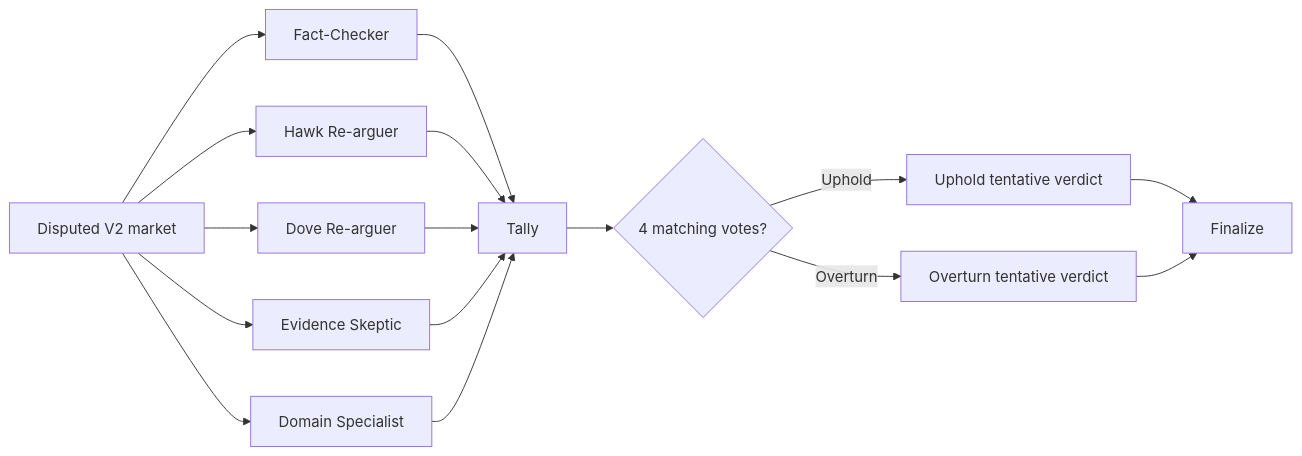
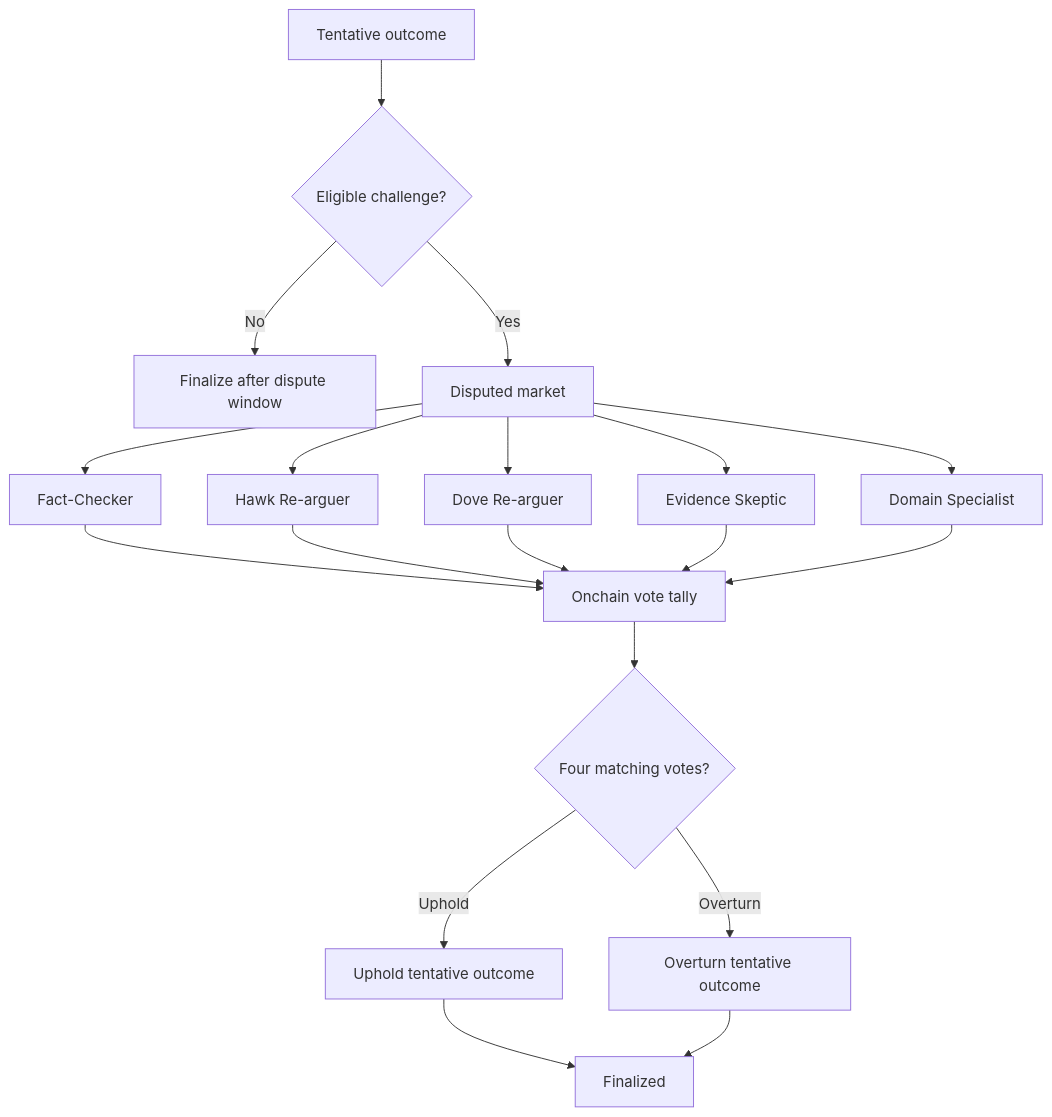
One commit to blocknine0/geomacro changed the fifth of 9 diagrams in README.md. Above: the diagram before and after it, drawn with Mermaid. The commit also changed other lines of this file, not shown here.

````diff
--- a/README.md
+++ b/README.md
@@ -402,24 +184,21 @@
 ```mermaid
-flowchart LR
-    D[Disputed V2 market]
-
-    D --> J1[Fact-Checker]
-    D --> J2[Hawk Re-arguer]
-    D --> J3[Dove Re-arguer]
-    D --> J4[Evidence Skeptic]
-    D --> J5[Domain Specialist]
-
-    J1 --> T[Tally]
-    J2 --> T
-    J3 --> T
-    J4 --> T
-    J5 --> T
-
-    T --> Q{4 matching votes?}
-
-    Q -->|Uphold| U[Uphold tentative verdict]
-    Q -->|Overturn| O[Overturn tentative verdict]
-
-    U --> F[Finalize]
-    O --> F
+graph TD;
+    TENTATIVE["Tentative outcome"] --> ELIGIBLE{"Eligible challenge?"};
+    ELIGIBLE -->|No| FINALIZE["Finalize after dispute window"];
+    ELIGIBLE -->|Yes| DISPUTED["Disputed market"];
+    DISPUTED --> J1["Fact-Checker"];
+    DISPUTED --> J2["Hawk Re-arguer"];
+    DISPUTED --> J3["Dove Re-arguer"];
+    DISPUTED --> J4["Evidence Skeptic"];
+    DISPUTED --> J5["Domain Specialist"];
+    J1 --> TALLY["Onchain vote tally"];
+    J2 --> TALLY;
+    J3 --> TALLY;
+    J4 --> TALLY;
+    J5 --> TALLY;
+    TALLY --> THRESHOLD{"Four matching votes?"};
+    THRESHOLD -->|Uphold| UPHOLD["Uphold tentative outcome"];
+    THRESHOLD -->|Overturn| OVERTURN["Overturn tentative outcome"];
+    UPHOLD --> FINAL["Finalized"];
+    OVERTURN --> FINAL;
 ```
````
